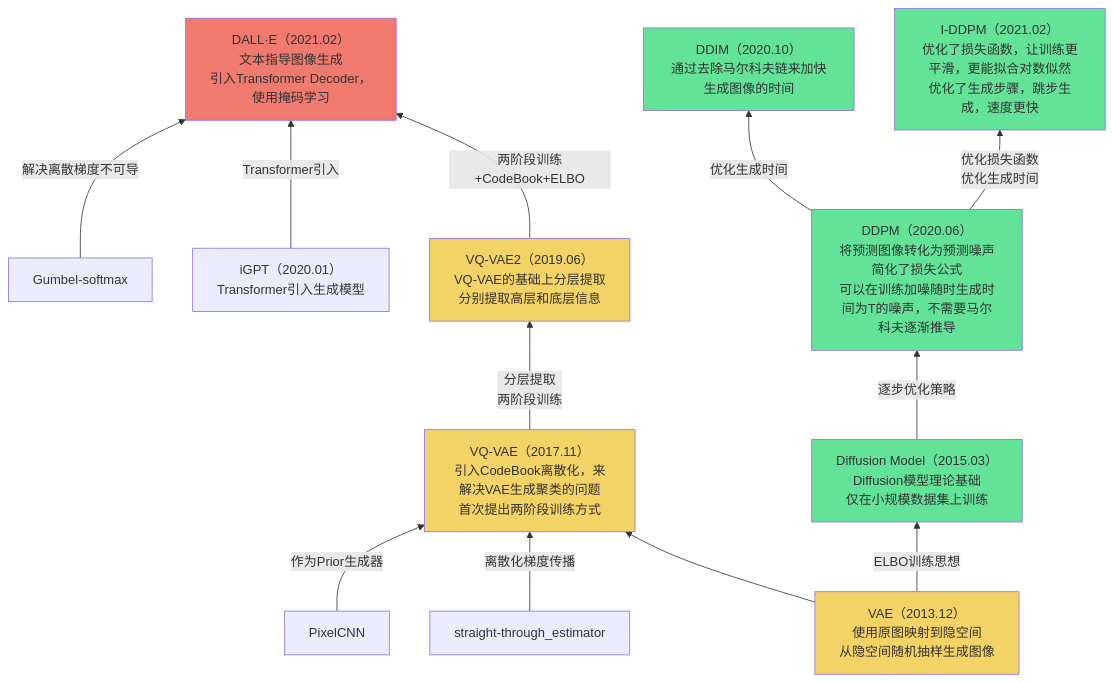
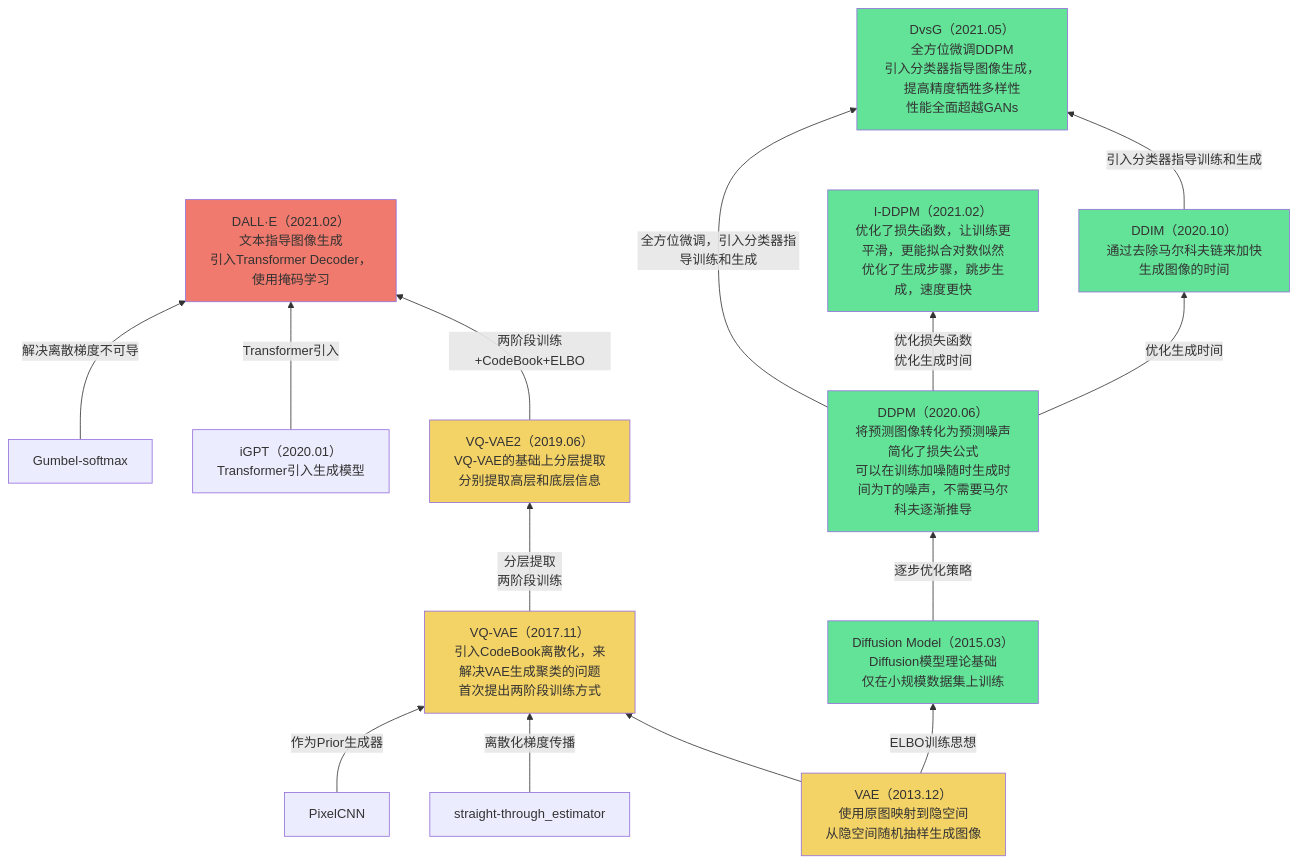
One commit to Elephant-King9/Paper changed the fourth of 5 diagrams in Base_Model/GAN+VAE+Diffusion/analyse.md. Above: the diagram before and after it, drawn with Mermaid. The commit also changed 5 other files, not shown here.

````diff
--- a/Base_Model/GAN+VAE+Diffusion/analyse.md
+++ b/Base_Model/GAN+VAE+Diffusion/analyse.md
@@ -78,36 +78,39 @@
 ```mermaid
 flowchart BT
 VAE-->VQ-VAE
 straight-through_estimator-->|离散化梯度传播|VQ-VAE
 PixelCNN-->|作为Prior生成器|VQ-VAE
 VAE-->|ELBO训练思想|Diffusion_Model
 VQ-VAE-->|分层提取<br>两阶段训练|VQ-VAE2
 VQ-VAE2-->|两阶段训练+CodeBook+ELBO|DALL-E
 I-GPT-->|Transformer引入|DALL-E
 Gumbel-softmax-->|解决离散梯度不可导|DALL-E
 Diffusion_Model-->|逐步优化策略|DDPM
 DDPM-->|优化生成时间|DDIM
 DDPM-->|优化损失函数<br>优化生成时间|IDDPM
-
+DDIM-->|引入分类器指导训练和生成|DvsG
+DDPM-->|全方位微调，引入分类器指导训练和生成|DvsG
 
 
 
 VAE[VAE（2013.12）<br>使用原图映射到隐空间<br>从隐空间随机抽样生成图像]
 	style VAE fill:#F3D266
 VQ-VAE[VQ-VAE（2017.11）<br>引入CodeBook离散化，来解决VAE生成聚类的问题<br>首次提出两阶段训练方式]
 	style VQ-VAE fill:#F3D266
 VQ-VAE2[VQ-VAE2（2019.06）<br>VQ-VAE的基础上分层提取<br>分别提取高层和底层信息]
 	style VQ-VAE2 fill:#F3D266
 DALL-E[DALL·E（2021.02）<br>文本指导图像生成<br>引入Transformer Decoder，使用掩码学习]
 	style DALL-E fill:#EF7A6D
 I-GPT[iGPT（2020.01）<br>Transformer引入生成模型]
 Gumbel-softmax[Gumbel-softmax]
 Diffusion_Model[Diffusion Model（2015.03）<br>Diffusion模型理论基础<br>仅在小规模数据集上训练]
 	style Diffusion_Model fill:#63E398
 DDPM[DDPM（2020.06）<br>将预测图像转化为预测噪声<br>简化了损失公式<br>可以在训练加噪随时生成时间为T的噪声，不需要马尔科夫逐渐推导]
 	style DDPM fill:#63E398
 DDIM[DDIM（2020.10）<br>通过去除马尔科夫链来加快生成图像的时间]
 	style DDIM fill:#63E398
 IDDPM[I-DDPM（2021.02）<br>优化了损失函数，让训练更平滑，更能拟合对数似然<br>优化了生成步骤，跳步生成，速度更快]
 	style IDDPM fill:#63E398
+DvsG[DvsG（2021.05）<br>全方位微调DDPM<br>引入分类器指导图像生成，提高精度牺牲多样性<br>性能全面超越GANs]
+	style DvsG fill:#63E398
 ```
````
